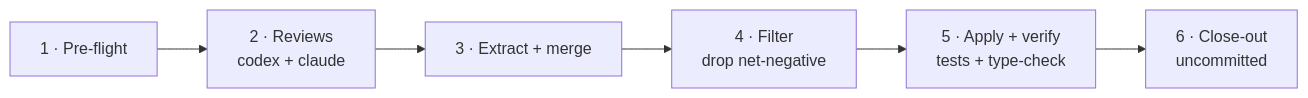
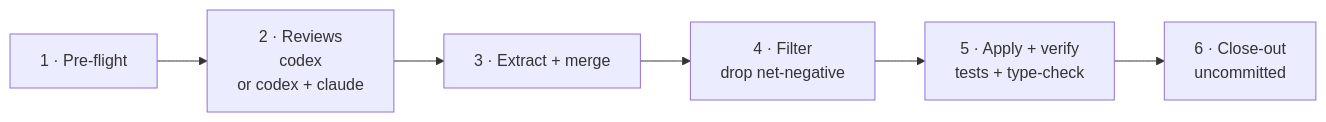
Before and after one commit to IsaiaScope/ai: the diagram in skills/iso-review/README.md, drawn with Mermaid. The commit also changed other lines of this file and 10 other files, not shown here.

````diff
--- a/skills/iso-review/README.md
+++ b/skills/iso-review/README.md
@@ -23,8 +23,8 @@
 ```mermaid
 flowchart LR
-    P["1 · Pre-flight"] --> R["2 · Reviews<br/>codex + claude"]
+    P["1 · Pre-flight"] --> R["2 · Reviews<br/>codex<br/>or codex + claude"]
     R --> E["3 · Extract + merge"]
     E --> F["4 · Filter<br/>drop net-negative"]
     F --> A["5 · Apply + verify<br/>tests + type-check"]
     A --> C["6 · Close-out<br/>uncommitted"]
 ```
````
